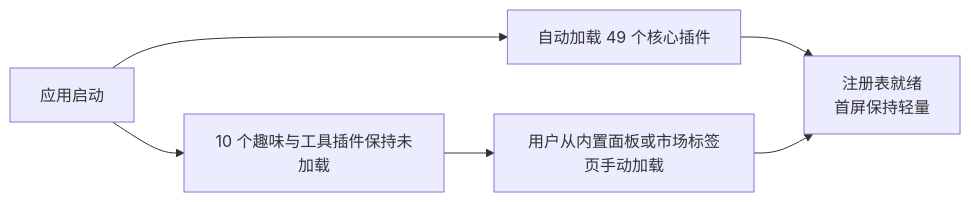
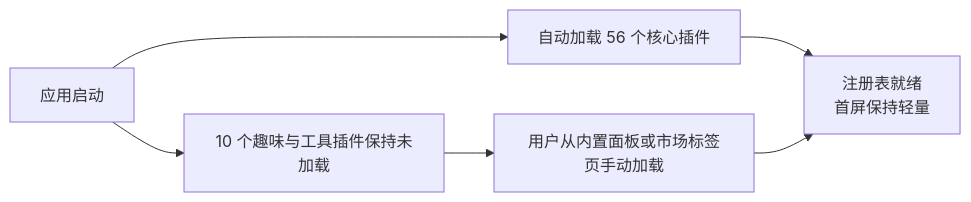
Before and after one commit to SnowLeopard-io/ErgalicsStudio: the second of 4 diagrams in docs/technical/03-插件系统.md, drawn with Mermaid. The commit also changed other lines of this file and 128 other files, not shown here.

````diff
--- a/docs/technical/03-插件系统.md
+++ b/docs/technical/03-插件系统.md
@@ -230,8 +238,8 @@
 ```mermaid
 flowchart LR
-    A["应用启动"] --> B["自动加载 49 个核心插件"]
+    A["应用启动"] --> B["自动加载 56 个核心插件"]
     A --> C["10 个趣味与工具插件保持未加载"]
     C --> D["用户从内置面板或市场标签页手动加载"]
     B --> E["注册表就绪<br/>首屏保持轻量"]
     D --> E
 ```
````
